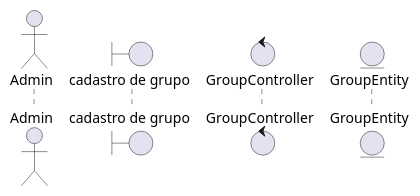
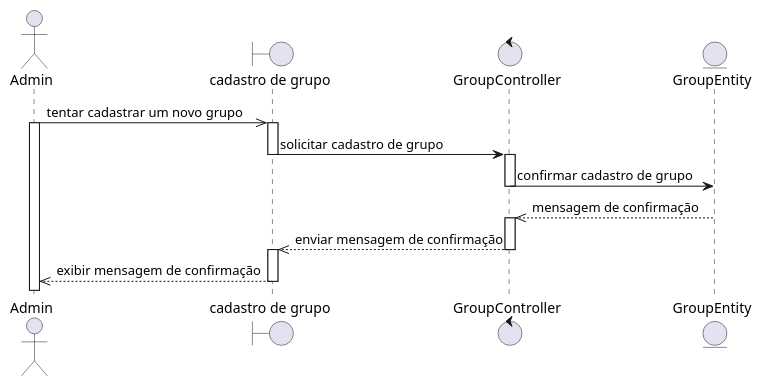
Before and after one commit to rodrigoRolim/CAdiagrams: the diagram in sequence/admin/group.add.seq.wsd, drawn with PlantUML. The commit also changed 37 other files, not shown here.

```diff
--- a/sequence/admin/group.add.seq.wsd
+++ b/sequence/admin/group.add.seq.wsd
@@ -1,7 +1,22 @@
 @startuml
 actor Admin
 boundary "cadastro de grupo" as grupo
 control GroupController
 entity GroupEntity
 
+Admin ->> grupo: tentar cadastrar um novo grupo
+activate Admin
+activate grupo
+grupo -> GroupController: solicitar cadastro de grupo
+deactivate grupo
+activate GroupController
+GroupController -> GroupEntity: confirmar cadastro de grupo
+deactivate GroupController
+GroupEntity -->> GroupController: mensagem de confirmação
+activate GroupController
+GroupController -->> grupo: enviar mensagem de confirmação
+deactivate GroupController
+activate grupo
+grupo -->> Admin: exibir mensagem de confirmação
+deactivate grupo
 @enduml
```
